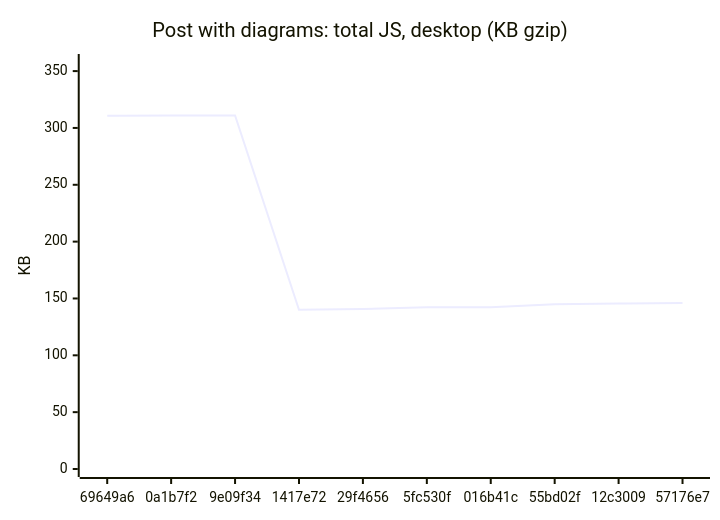
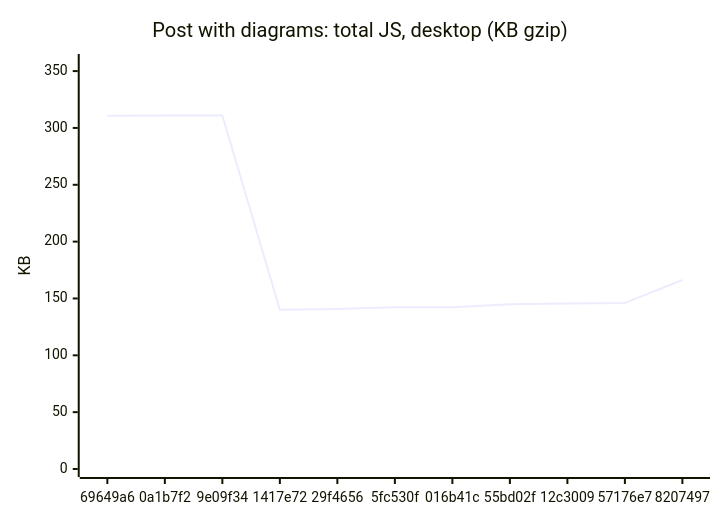
Before and after one commit to AxelUser/maltsev.space: diagram 15 of 18 in README.md, drawn with Mermaid. The commit also changed other lines of this file and 1 other file, not shown here.

````diff
--- a/README.md
+++ b/README.md
@@ -161,7 +161,7 @@
 ```mermaid
 xychart-beta
   title "Post with diagrams: total JS, desktop (KB gzip)"
-  x-axis ["69649a6", "0a1b7f2", "9e09f34", "1417e72", "29f4656", "5fc530f", "016b41c", "55bd02f", "12c3009", "57176e7"]
+  x-axis ["69649a6", "0a1b7f2", "9e09f34", "1417e72", "29f4656", "5fc530f", "016b41c", "55bd02f", "12c3009", "57176e7", "8207497"]
   y-axis "KB" 0 --> 358
-  line [310.7, 311, 311, 140, 140.8, 142.3, 142.3, 145, 145.6, 146.1]
+  line [310.7, 311, 311, 140, 140.8, 142.3, 142.3, 145, 145.6, 146.1, 166.2]
 ```
````
